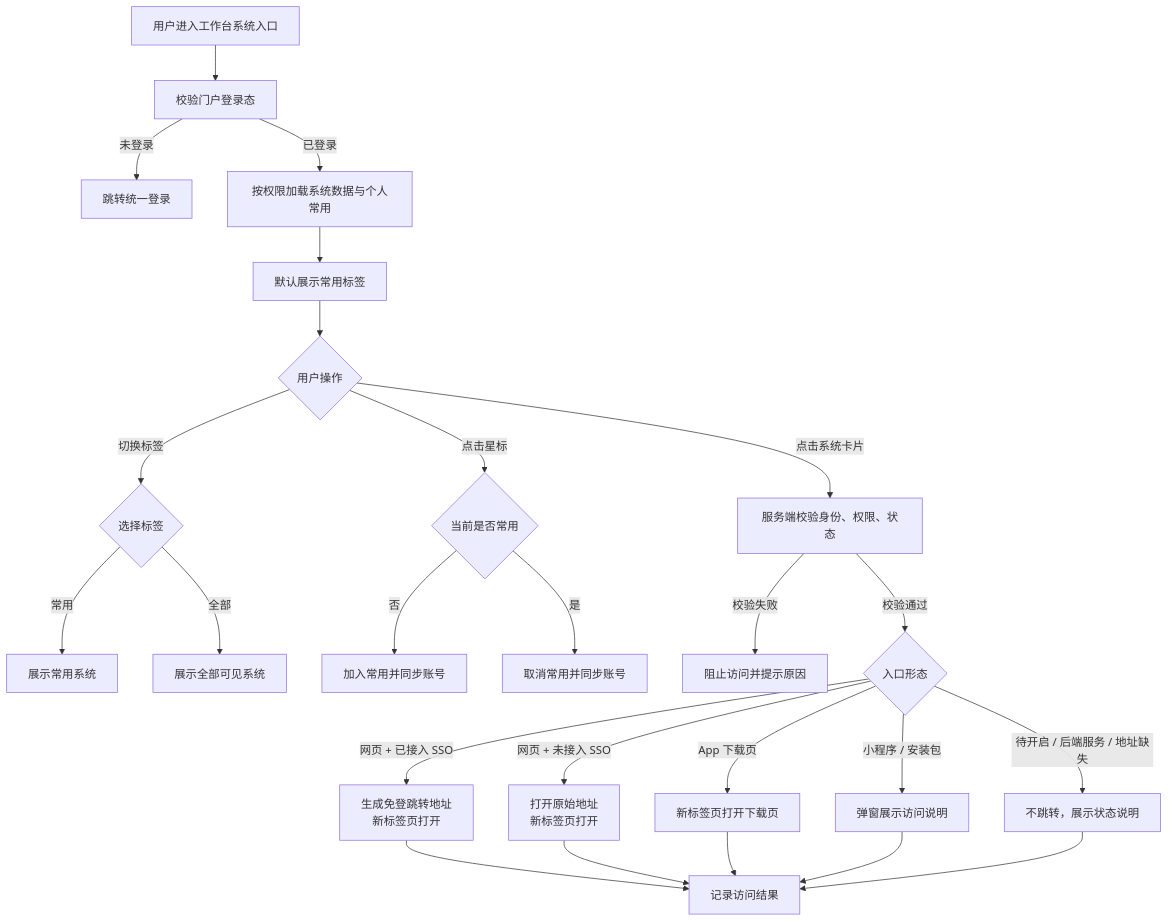
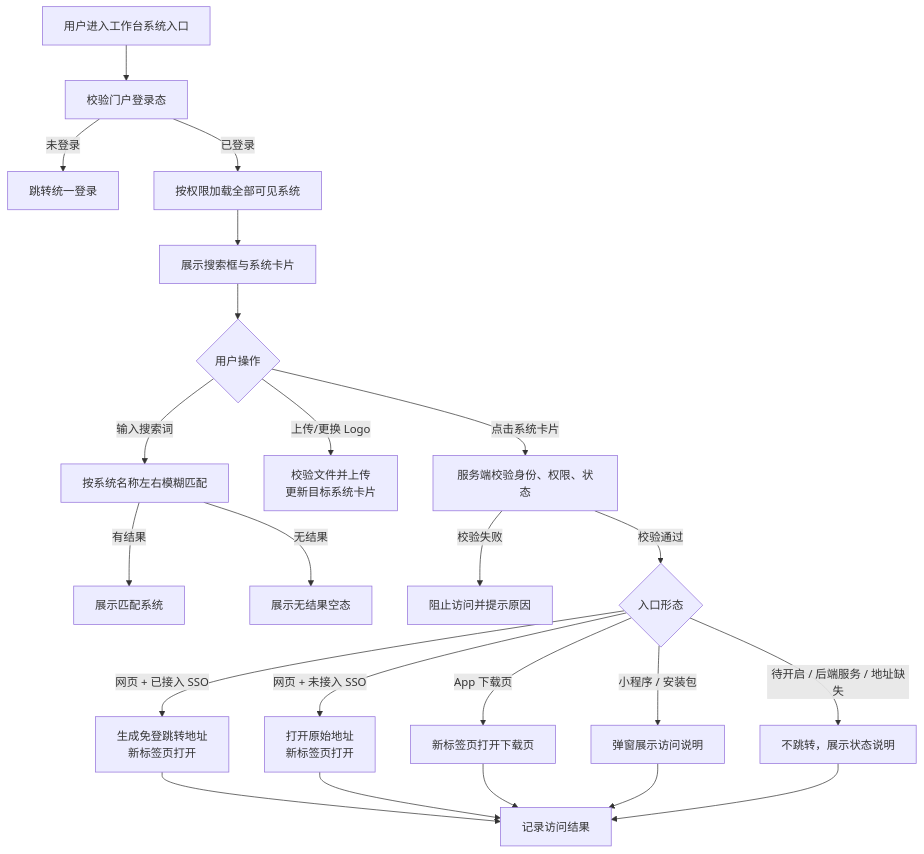
One commit to fri555/PORTL changed the second of 7 diagrams in docs/需求文档/20260716-【PRD】AI工作台-系统入口-天马智擎.md. Above: the diagram before and after it, drawn with Mermaid. The commit also changed other lines of this file, not shown here.

Commit message:
docs: add system search and logo upload

```diff
--- a/docs/需求文档/20260716-【PRD】AI工作台-系统入口-天马智擎.md
+++ b/docs/需求文档/20260716-【PRD】AI工作台-系统入口-天马智擎.md
@@ -272,31 +263,29 @@
 ~~~mermaid
 flowchart TD
     A["用户进入工作台系统入口"] --> B["校验门户登录态"]
     B -->|未登录| C["跳转统一登录"]
-    B -->|已登录| D["按权限加载系统数据与个人常用"]
-    D --> E["默认展示常用标签"]
+    B -->|已登录| D["按权限加载全部可见系统"]
+    D --> E["展示搜索框与系统卡片"]
     E --> F{"用户操作"}
 
-    F -->|"切换标签"| G{"选择标签"}
-    G -->|"常用"| G1["展示常用系统"]
-    G -->|"全部"| G2["展示全部可见系统"]
-    F -->|"点击星标"| H{"当前是否常用"}
-    H -->|否| I["加入常用并同步账号"]
-    H -->|是| J["取消常用并同步账号"]
+    F -->|"输入搜索词"| G["按系统名称左右模糊匹配"]
+    G -->|有结果| H["展示匹配系统"]
+    G -->|无结果| I["展示无结果空态"]
+    F -->|"上传/更换 Logo"| J["校验文件并上传<br/>更新目标系统卡片"]
 
     F -->|"点击系统卡片"| K["服务端校验身份、权限、状态"]
     K -->|校验失败| L["阻止访问并提示原因"]
     K -->|校验通过| M{"入口形态"}
 
     M -->|"网页 + 已接入 SSO"| N["生成免登跳转地址<br/>新标签页打开"]
     M -->|"网页 + 未接入 SSO"| O["打开原始地址<br/>新标签页打开"]
     M -->|"App 下载页"| P["新标签页打开下载页"]
     M -->|"小程序 / 安装包"| Q["弹窗展示访问说明"]
     M -->|"待开启 / 后端服务 / 地址缺失"| R["不跳转，展示状态说明"]
 
     N --> S["记录访问结果"]
     O --> S
     P --> S
     Q --> S
     R --> S
 ~~~
```
